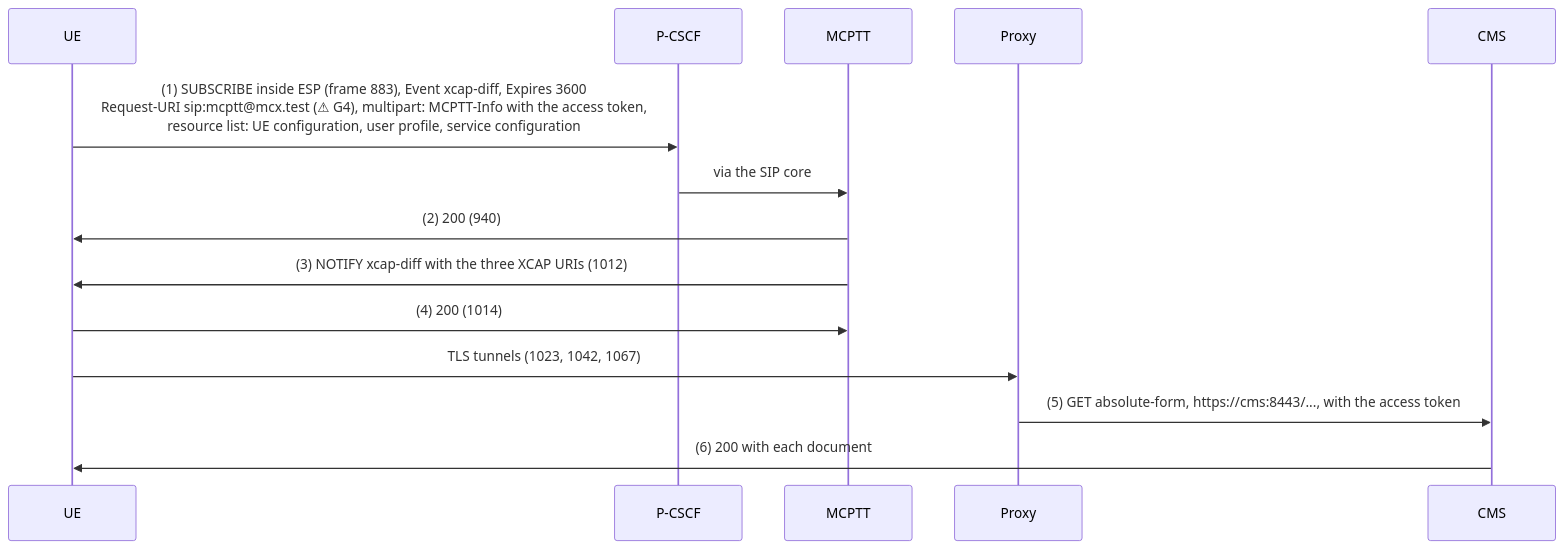
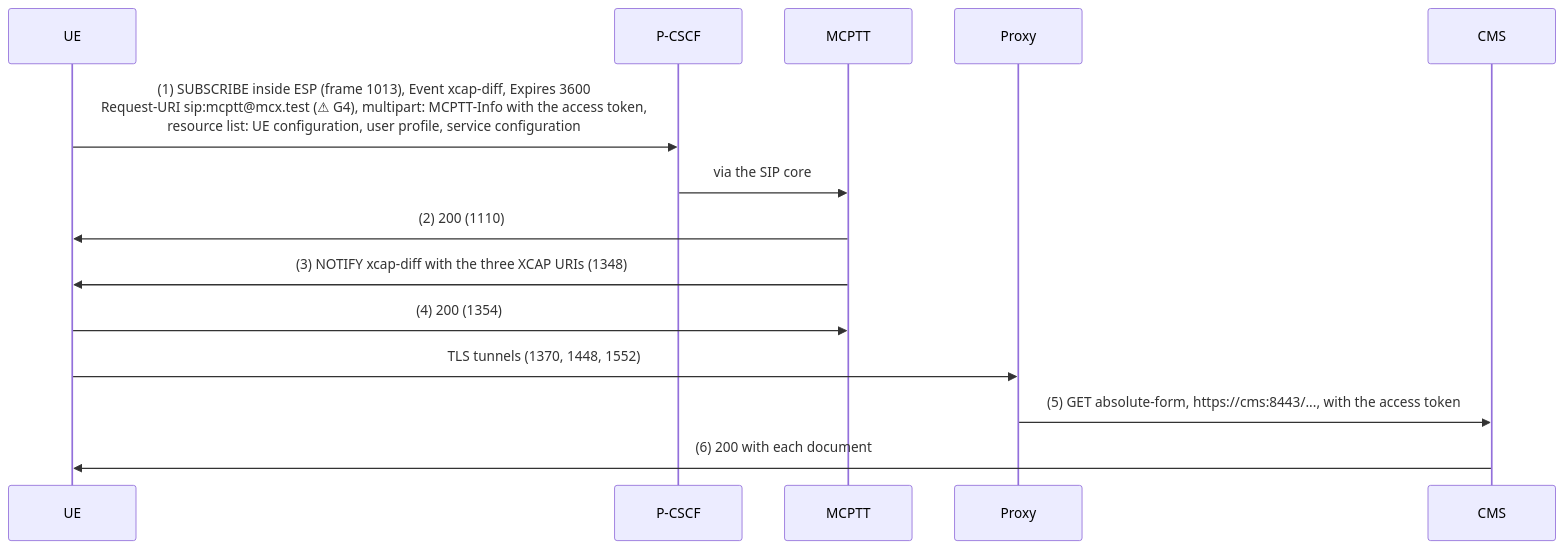
The fifth of 9 diagrams in tutorials/end-to-end/10-openmcx-ue-conformance-check/CALL_FLOW.md (openMCX/openmcx-server), drawn with Mermaid before and after one commit. The commit also changed other lines of this file and 19 other files, not shown here.

````diff
--- a/tutorials/end-to-end/10-openmcx-ue-conformance-check/CALL_FLOW.md
+++ b/tutorials/end-to-end/10-openmcx-ue-conformance-check/CALL_FLOW.md
@@ -168,16 +170,16 @@
 ```mermaid
 sequenceDiagram
     participant UE
     participant PC as P-CSCF
     participant AS as MCPTT
     participant PX as Proxy
     participant CMS
-    UE->>PC: (1) SUBSCRIBE inside ESP (frame 883), Event xcap-diff, Expires 3600<br/>Request-URI sip:mcptt@mcx.test (⚠ G4), multipart: MCPTT-Info with the access token,<br/>resource list: UE configuration, user profile, service configuration
+    UE->>PC: (1) SUBSCRIBE inside ESP (frame 1013), Event xcap-diff, Expires 3600<br/>Request-URI sip:mcptt@mcx.test (⚠ G4), multipart: MCPTT-Info with the access token,<br/>resource list: UE configuration, user profile, service configuration
     PC->>AS: via the SIP core
-    AS->>UE: (2) 200 (940)
-    AS->>UE: (3) NOTIFY xcap-diff with the three XCAP URIs (1012)
-    UE->>AS: (4) 200 (1014)
-    UE->>PX: TLS tunnels (1023, 1042, 1067)
+    AS->>UE: (2) 200 (1110)
+    AS->>UE: (3) NOTIFY xcap-diff with the three XCAP URIs (1348)
+    UE->>AS: (4) 200 (1354)
+    UE->>PX: TLS tunnels (1370, 1448, 1552)
     PX->>CMS: (5) GET absolute-form, https://cms:8443/..., with the access token
     CMS->>UE: (6) 200 with each document
 ```
````
